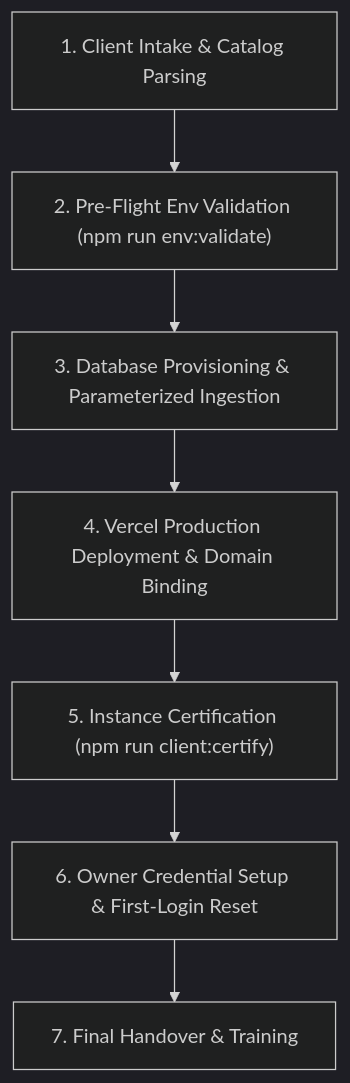
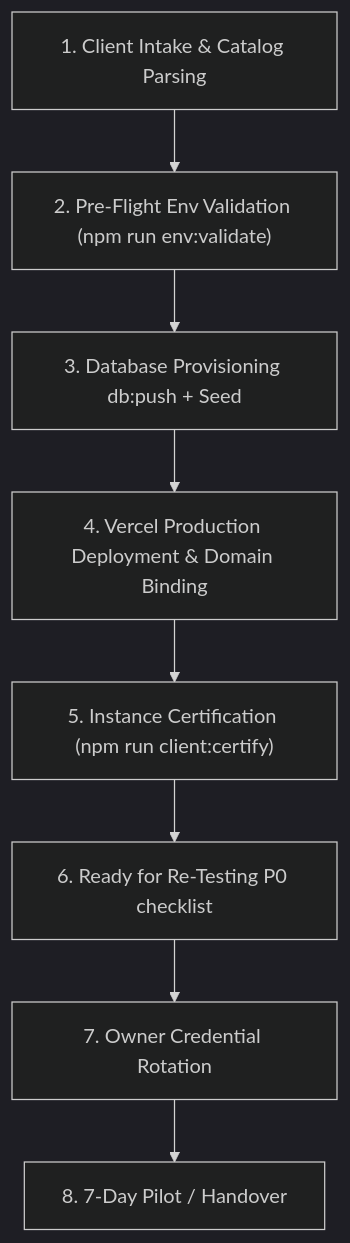
The diagram in docs/CLIENT_ONBOARDING_PLAYBOOK.md (anasbikes1992-ui/grabber-poz-solo), drawn with Mermaid (dark theme) before and after one commit. The commit also changed other lines of this file and 9 other files, not shown here.

First line of the commit message:
Complete process docs and open Ready for Re-Testing gate.

````diff
--- a/docs/CLIENT_ONBOARDING_PLAYBOOK.md
+++ b/docs/CLIENT_ONBOARDING_PLAYBOOK.md
@@ -20,9 +22,10 @@
 ```mermaid
 flowchart TD
     A["1. Client Intake & Catalog Parsing"] --> B["2. Pre-Flight Env Validation (npm run env:validate)"]
-    B --> C["3. Database Provisioning & Parameterized Ingestion"]
+    B --> C["3. Database Provisioning db:push + Seed"]
     C --> D["4. Vercel Production Deployment & Domain Binding"]
     D --> E["5. Instance Certification (npm run client:certify)"]
-    E --> F["6. Owner Credential Setup & First-Login Reset"]
-    F --> G["7. Final Handover & Training"]
+    E --> F["6. Ready for Re-Testing P0 checklist"]
+    F --> G["7. Owner Credential Rotation"]
+    G --> H["8. 7-Day Pilot / Handover"]
 ```
````
